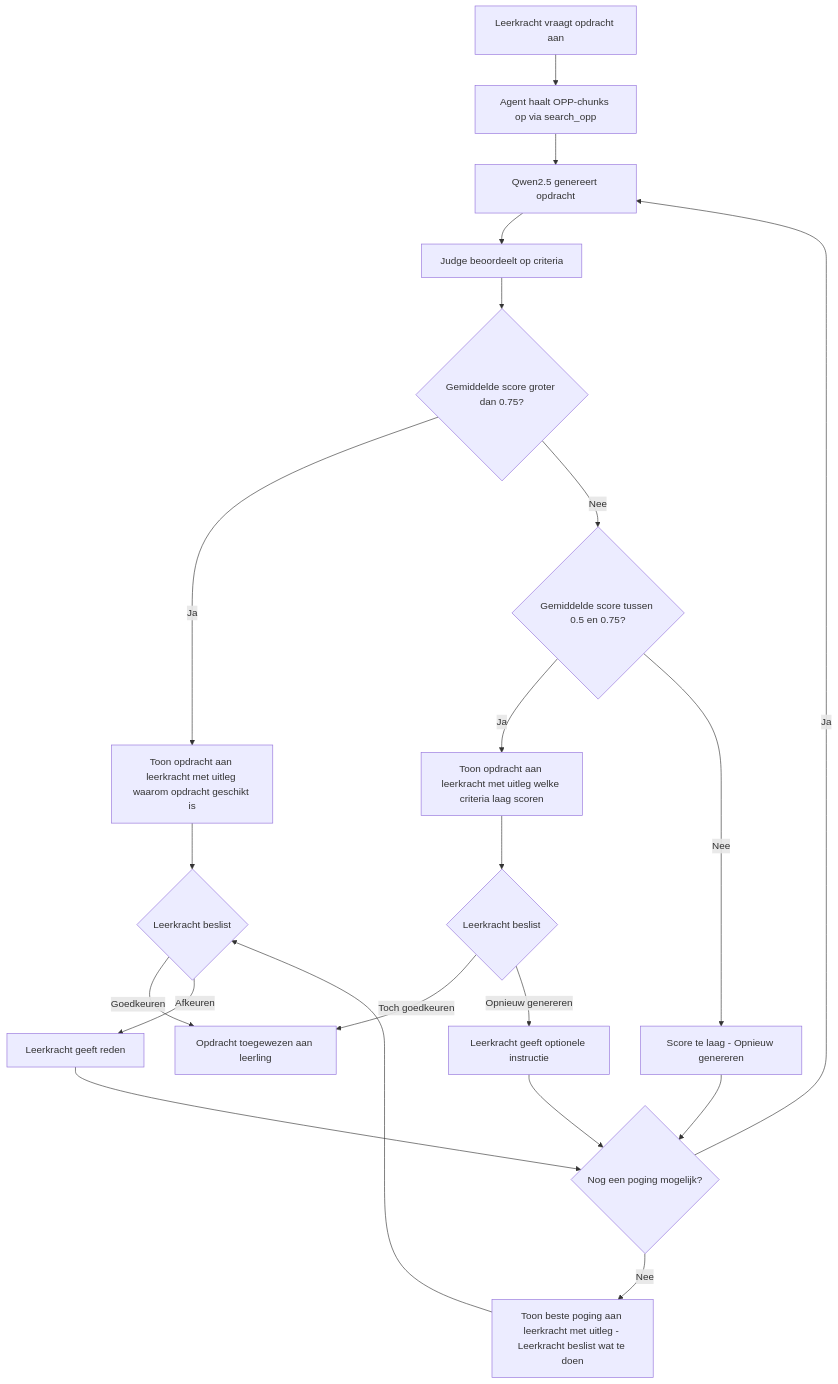
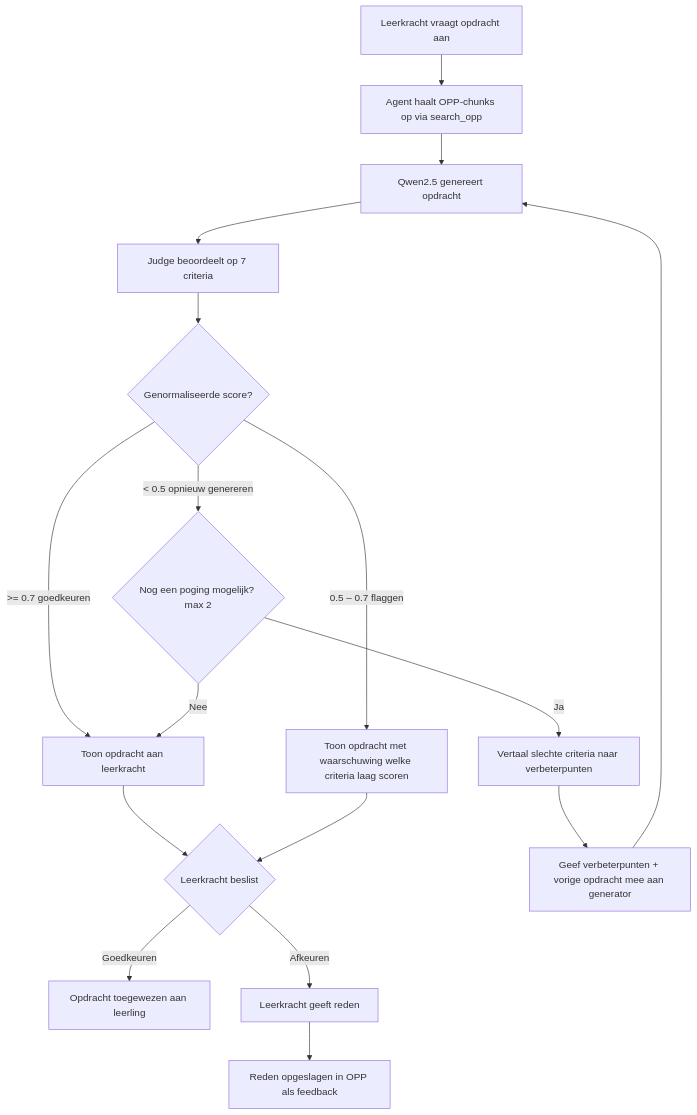
The diagram in docs/Ontwerp/llm-as-judge.md (Jayson123321/Juf-aimee), drawn with Mermaid before and after one commit. The commit also changed other lines of this file and 2 other files, not shown here.

Commit message:
Refactor judge decision logic to evaluate assignments based on 7 criteria and update documentation accordingly

````diff
--- a/docs/Ontwerp/llm-as-judge.md
+++ b/docs/Ontwerp/llm-as-judge.md
@@ -62,23 +62,19 @@
 ```mermaid
 flowchart TD
     A[Leerkracht vraagt opdracht aan] --> B[Agent haalt OPP-chunks op via search_opp]
     B --> C[Qwen2.5 genereert opdracht]
-    C --> D[Judge beoordeelt op criteria]
-    D --> E{Gemiddelde score groter dan 0.75?}
-    E -- Ja --> J[Toon opdracht aan leerkracht met uitleg waarom opdracht geschikt is]
+    C --> D[Judge beoordeelt op 7 criteria]
+    D --> E{Genormaliseerde score?}
+    E -- ">= 0.7 goedkeuren" --> J[Toon opdracht aan leerkracht]
     J --> K{Leerkracht beslist}
     K -- Goedkeuren --> L[Opdracht toegewezen aan leerling]
     K -- Afkeuren --> M[Leerkracht geeft reden]
-    M --> G
-    E -- Nee --> I{Gemiddelde score tussen 0.5 en 0.75?}
-    I -- Ja --> O[Toon opdracht aan leerkracht met uitleg welke criteria laag scoren]
-    O --> P{Leerkracht beslist}
-    P -- Toch goedkeuren --> L
-    P -- Opnieuw genereren --> Q[Leerkracht geeft optionele instructie]
-    Q --> G
-    I -- Nee --> F[Score te laag - Opnieuw genereren]
-    F --> G{Nog een poging mogelijk?}
-    G -- Ja --> C
-    G -- Nee --> H[Toon beste poging aan leerkracht met uitleg - Leerkracht beslist wat te doen]
-    H --> K
+    M --> N[Reden opgeslagen in OPP als feedback]
+    E -- "0.5 – 0.7 flaggen" --> O[Toon opdracht met waarschuwing welke criteria laag scoren]
+    O --> K
+    E -- "< 0.5 opnieuw genereren" --> G{Nog een poging mogelijk? max 2}
+    G -- Ja --> R[Vertaal slechte criteria naar verbeterpunten]
+    R --> S[Geef verbeterpunten + vorige opdracht mee aan generator]
+    S --> C
+    G -- Nee --> J
 ```
````
